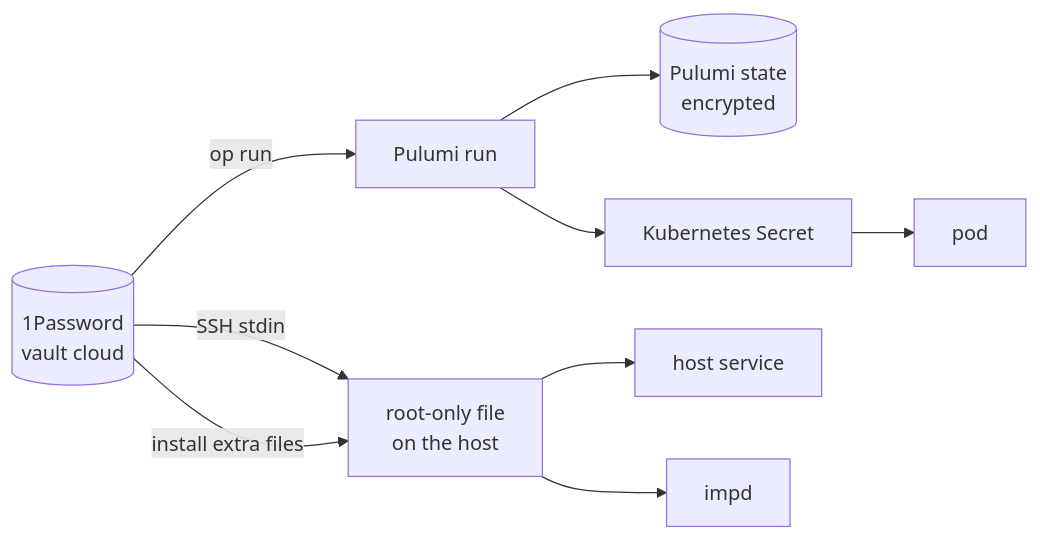
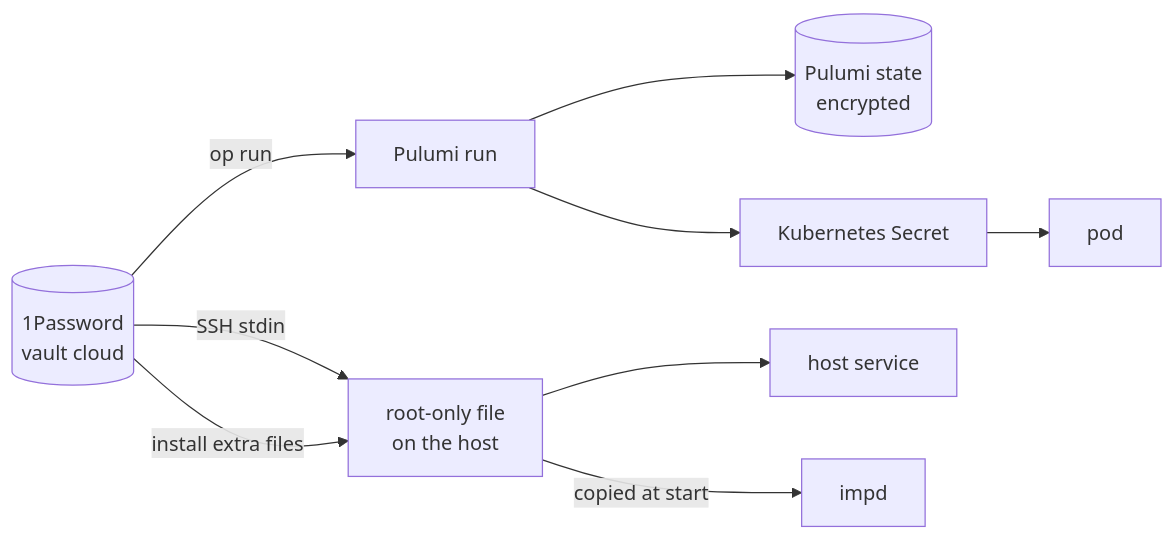
One commit to zgeoff/cloud changed the diagram in docs/architecture/secrets.md. Above: the diagram before and after it, drawn with Mermaid. The commit also changed other lines of this file and 7 other files, not shown here.

Commit message:
docs: fix what cold reads of the agent docs and architecture docs found

````diff
--- a/docs/architecture/secrets.md
+++ b/docs/architecture/secrets.md
@@ -12,10 +12,10 @@
 ```mermaid
 flowchart LR
   V[("1Password<br>vault cloud")] -->|"op run"| P["Pulumi run"]
   P --> ST[("Pulumi state<br>encrypted")]
   P --> KS["Kubernetes Secret"] --> POD["pod"]
   V -->|"SSH stdin"| HF["root-only file<br>on the host"]
   V -->|"install extra files"| HF
   HF --> SVC["host service"]
-  HF --> IMPD["impd"]
+  HF -->|"copied at start"| IMPD["impd"]
 ```
````
